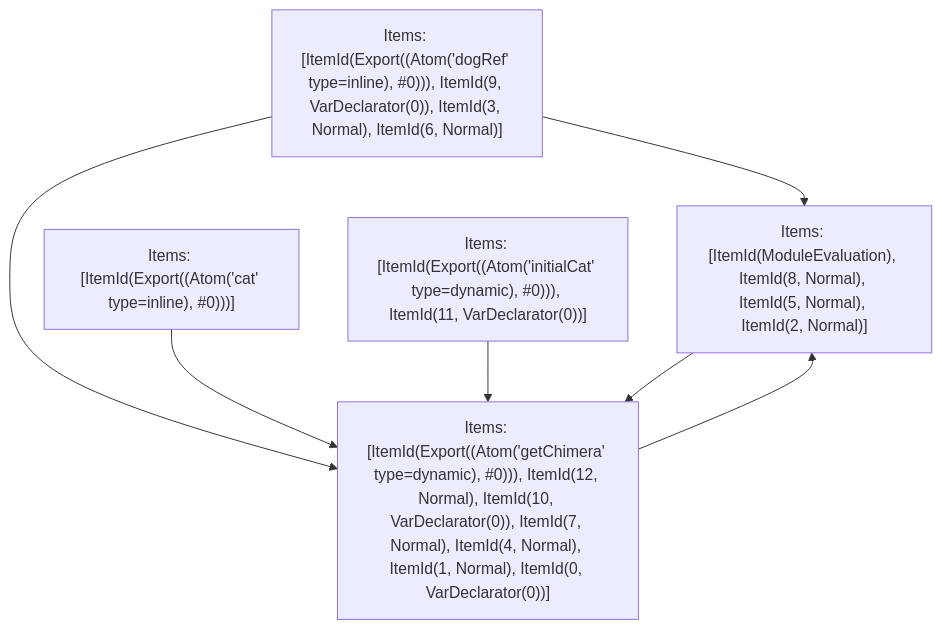
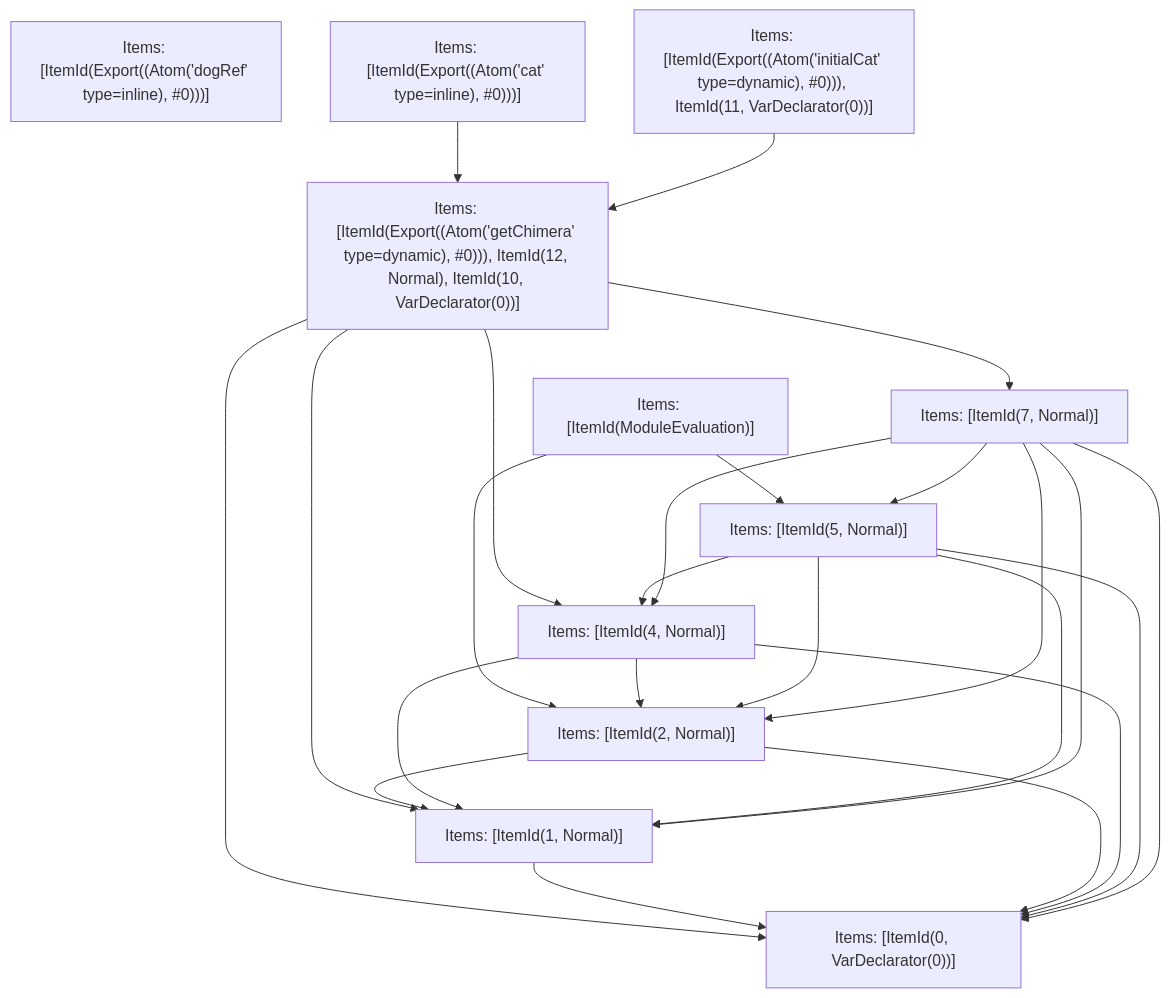
The fifth of 5 diagrams in crates/turbopack-ecmascript/tests/tree-shaker/analyzer/complex/output.md (vercel/turborepo), drawn with Mermaid before and after one commit. The commit also changed other lines of this file and 3 other files, not shown here.

````diff
--- a/crates/turbopack-ecmascript/tests/tree-shaker/analyzer/complex/output.md
+++ b/crates/turbopack-ecmascript/tests/tree-shaker/analyzer/complex/output.md
@@ -373,14 +373,37 @@
 ```mermaid
 graph TD
-    N0["Items: [ItemId(ModuleEvaluation), ItemId(8, Normal), ItemId(5, Normal), ItemId(2, Normal)]"];
-    N1["Items: [ItemId(Export((Atom('dogRef' type=inline), #0))), ItemId(9, VarDeclarator(0)), ItemId(3, Normal), ItemId(6, Normal)]"];
+    N0["Items: [ItemId(ModuleEvaluation)]"];
+    N1["Items: [ItemId(Export((Atom('dogRef' type=inline), #0)))]"];
     N2["Items: [ItemId(Export((Atom('cat' type=inline), #0)))]"];
     N3["Items: [ItemId(Export((Atom('initialCat' type=dynamic), #0))), ItemId(11, VarDeclarator(0))]"];
-    N4["Items: [ItemId(Export((Atom('getChimera' type=dynamic), #0))), ItemId(12, Normal), ItemId(10, VarDeclarator(0)), ItemId(7, Normal), ItemId(4, Normal), ItemId(1, Normal), ItemId(0, VarDeclarator(0))]"];
-    N0 --> N4;
-    N1 --> N4;
-    N1 --> N0;
+    N4["Items: [ItemId(Export((Atom('getChimera' type=dynamic), #0))), ItemId(12, Normal), ItemId(10, VarDeclarator(0))]"];
+    N5["Items: [ItemId(0, VarDeclarator(0))]"];
+    N6["Items: [ItemId(1, Normal)]"];
+    N7["Items: [ItemId(2, Normal)]"];
+    N8["Items: [ItemId(4, Normal)]"];
+    N9["Items: [ItemId(5, Normal)]"];
+    N10["Items: [ItemId(7, Normal)]"];
+    N0 --> N7;
+    N0 --> N9;
     N2 --> N4;
     N3 --> N4;
-    N4 --> N0;
+    N4 --> N5;
+    N4 --> N6;
+    N4 --> N8;
+    N4 --> N10;
+    N6 --> N5;
+    N7 --> N5;
+    N7 --> N6;
+    N8 --> N5;
+    N8 --> N6;
+    N8 --> N7;
+    N9 --> N5;
+    N9 --> N6;
+    N9 --> N8;
+    N9 --> N7;
+    N10 --> N5;
+    N10 --> N6;
+    N10 --> N8;
+    N10 --> N7;
+    N10 --> N9;
 ```
````
